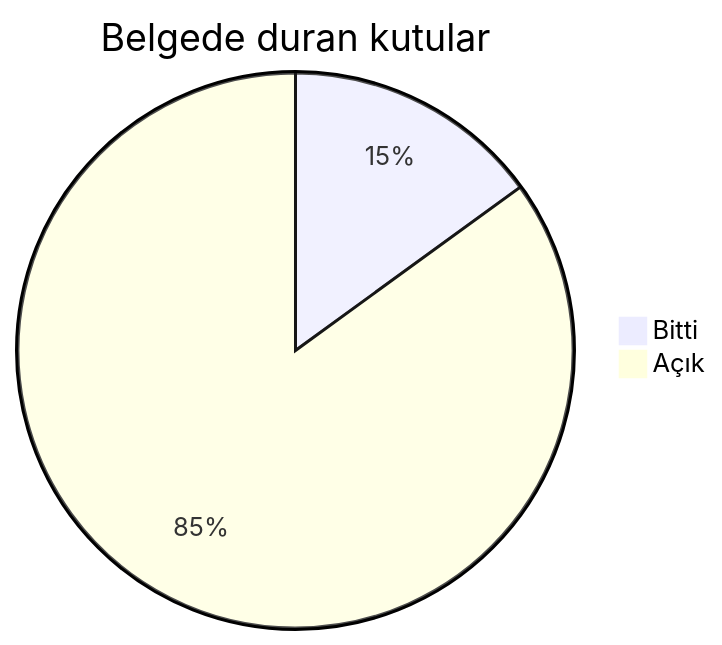
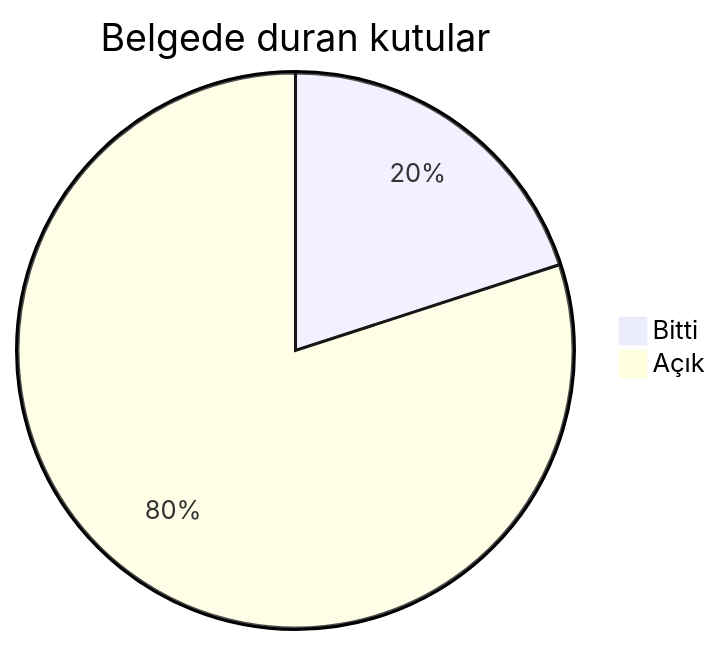
The second of 3 diagrams in docs/roadmap.md (dogancanyildiz/kenet), drawn with Mermaid before and after one commit. The commit also changed other lines of this file and 1 other file, not shown here.

````diff
--- a/docs/roadmap.md
+++ b/docs/roadmap.md
@@ -50,5 +51,5 @@
 ```mermaid
 pie title Belgede duran kutular
-    "Bitti" : 3
-    "Açık" : 17
+    "Bitti" : 4
+    "Açık" : 16
 ```
````
